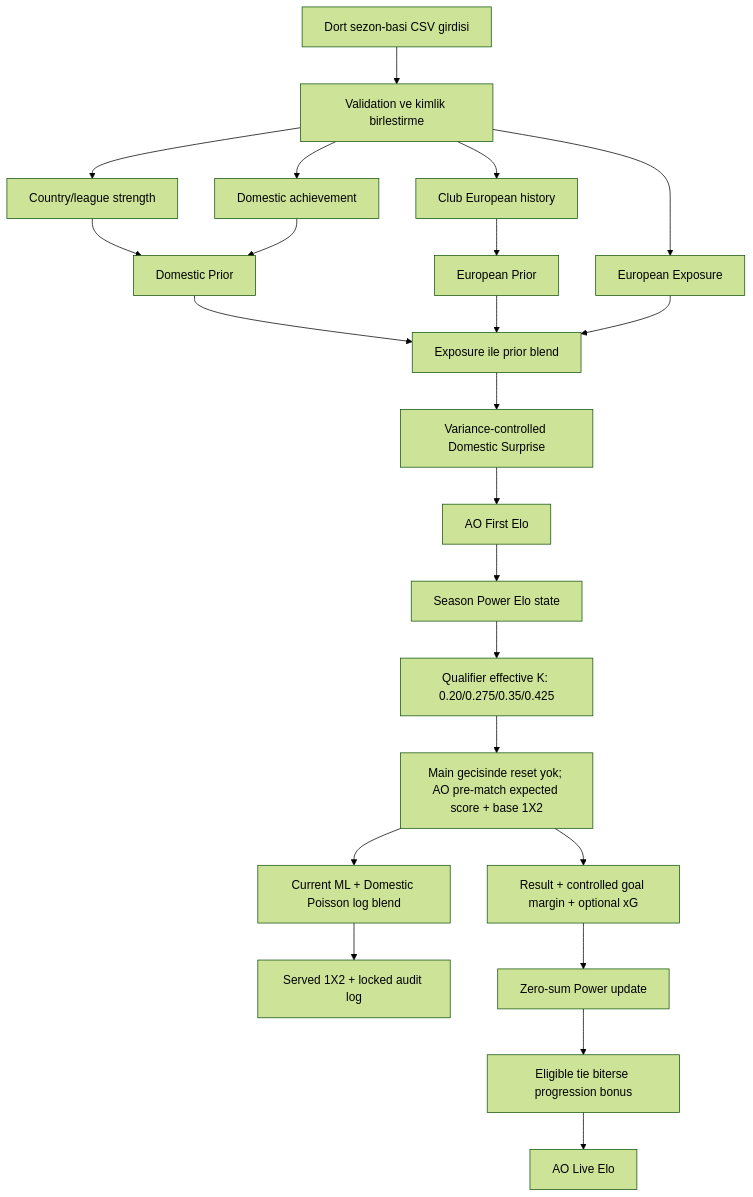
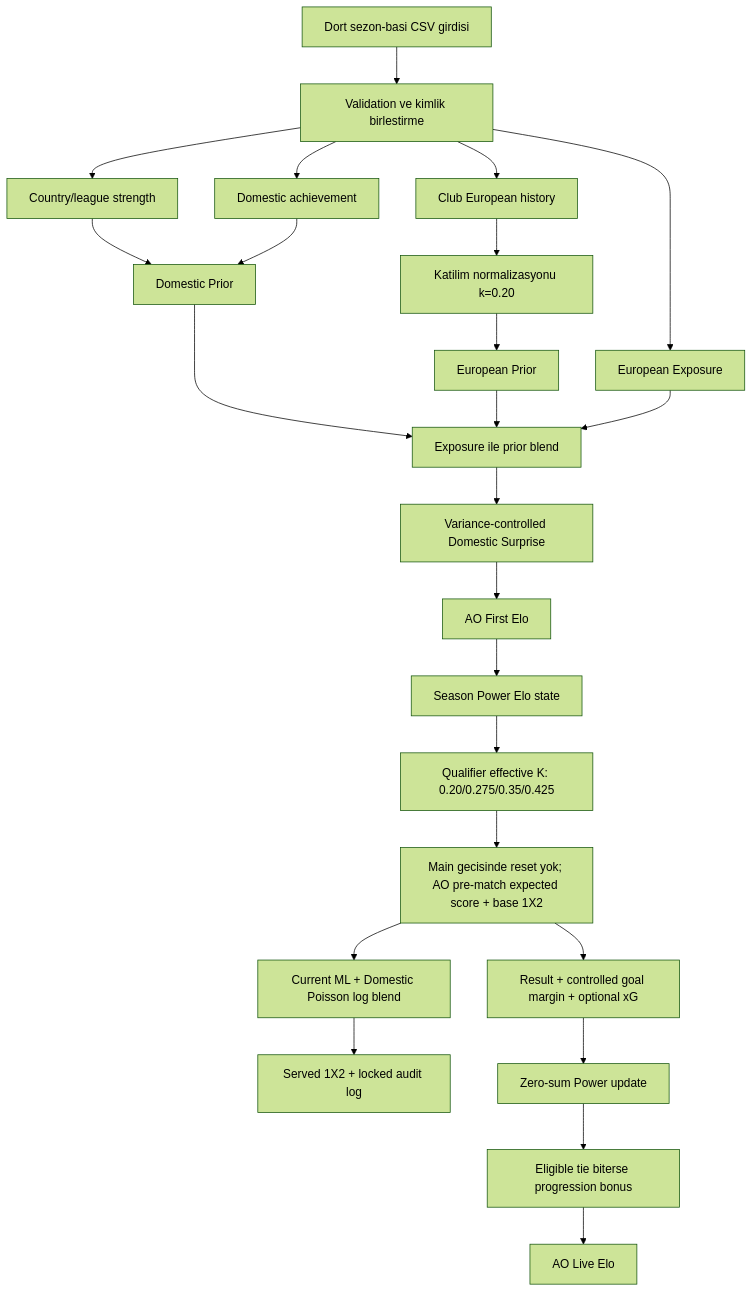
One commit to EtkaCandemir/AkilOyunuElo changed the diagram in CODEX.md. Above: the diagram before and after it, drawn with Mermaid (forest theme). The commit also changed other lines of this file and 237 other files, not shown here.

````diff
--- a/CODEX.md
+++ b/CODEX.md
@@ -95,25 +99,26 @@
 ```mermaid
 flowchart TD
     A["Dort sezon-basi CSV girdisi"] --> B["Validation ve kimlik birlestirme"]
     B --> C["Country/league strength"]
     B --> D["Domestic achievement"]
     C --> E["Domestic Prior"]
     D --> E
     B --> F["Club European history"]
-    F --> G["European Prior"]
+    F --> F2["Katilim normalizasyonu k=0.20"]
+    F2 --> G["European Prior"]
     B --> H["European Exposure"]
     E --> I["Exposure ile prior blend"]
     G --> I
     H --> I
     I --> J["Variance-controlled Domestic Surprise"]
     J --> K["AO First Elo"]
     K --> L["Season Power Elo state"]
     L --> L2["Qualifier effective K: 0.20/0.275/0.35/0.425"]
     L2 --> M["Main gecisinde reset yok; AO pre-match expected score + base 1X2"]
     M --> M2["Current ML + Domestic Poisson log blend"]
     M2 --> M3["Served 1X2 + locked audit log"]
     M --> N["Result + controlled goal margin + optional xG"]
     N --> O["Zero-sum Power update"]
     O --> P["Eligible tie biterse progression bonus"]
     P --> Q["AO Live Elo"]
 ```
````
